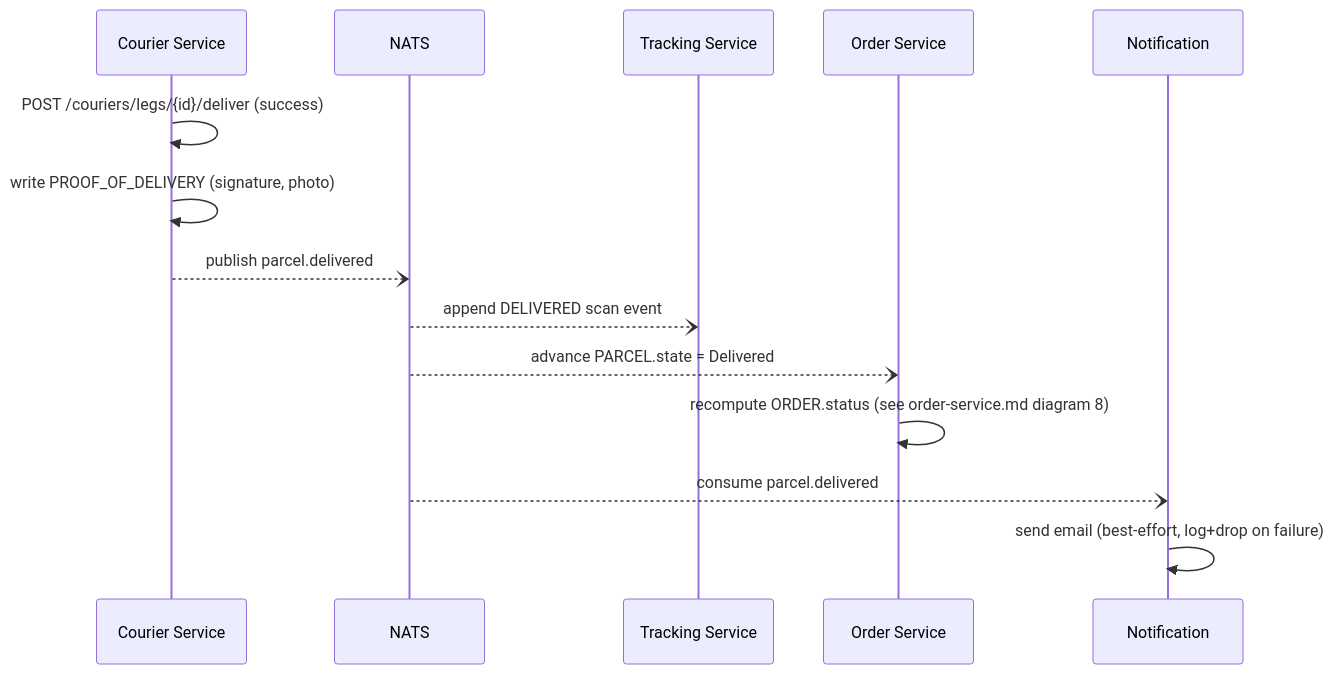
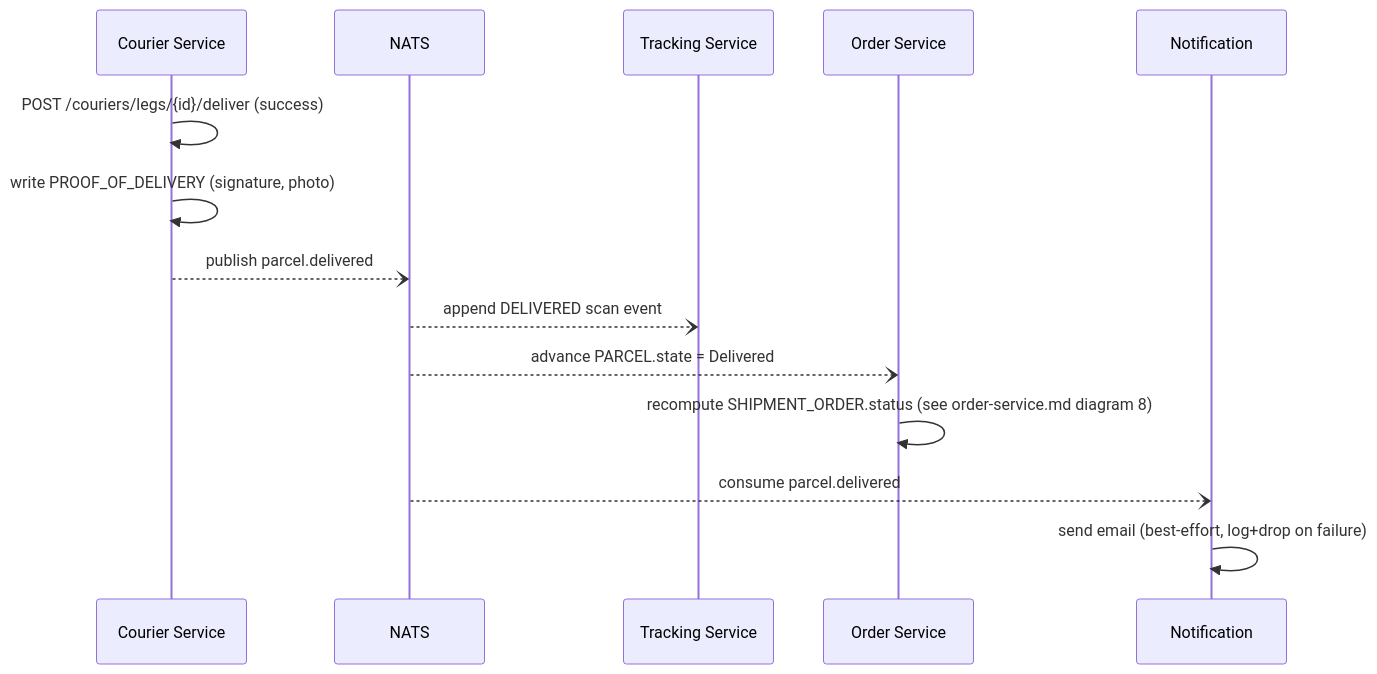
Before and after one commit to dunguyen-311201/nestjs: the second of 3 diagrams in shipping-system/docs/lld/courier-service.md, drawn with Mermaid. The commit also changed other lines of this file and 21 other files, not shown here.

````diff
--- a/shipping-system/docs/lld/courier-service.md
+++ b/shipping-system/docs/lld/courier-service.md
@@ -53,17 +53,17 @@
 ```mermaid
 sequenceDiagram
     participant Courier as Courier Service
     participant NATS
     participant Tracking as Tracking Service
     participant Order as Order Service
     participant Notification
 
     Courier->>Courier: POST /couriers/legs/{id}/deliver (success)
     Courier->>Courier: write PROOF_OF_DELIVERY (signature, photo)
     Courier--)NATS: publish parcel.delivered
     NATS--)Tracking: append DELIVERED scan event
     NATS--)Order: advance PARCEL.state = Delivered
-    Order->>Order: recompute ORDER.status (see order-service.md diagram 8)
+    Order->>Order: recompute SHIPMENT_ORDER.status (see order-service.md diagram 8)
     NATS--)Notification: consume parcel.delivered
     Notification->>Notification: send email (best-effort, log+drop on failure)
 ```
````
